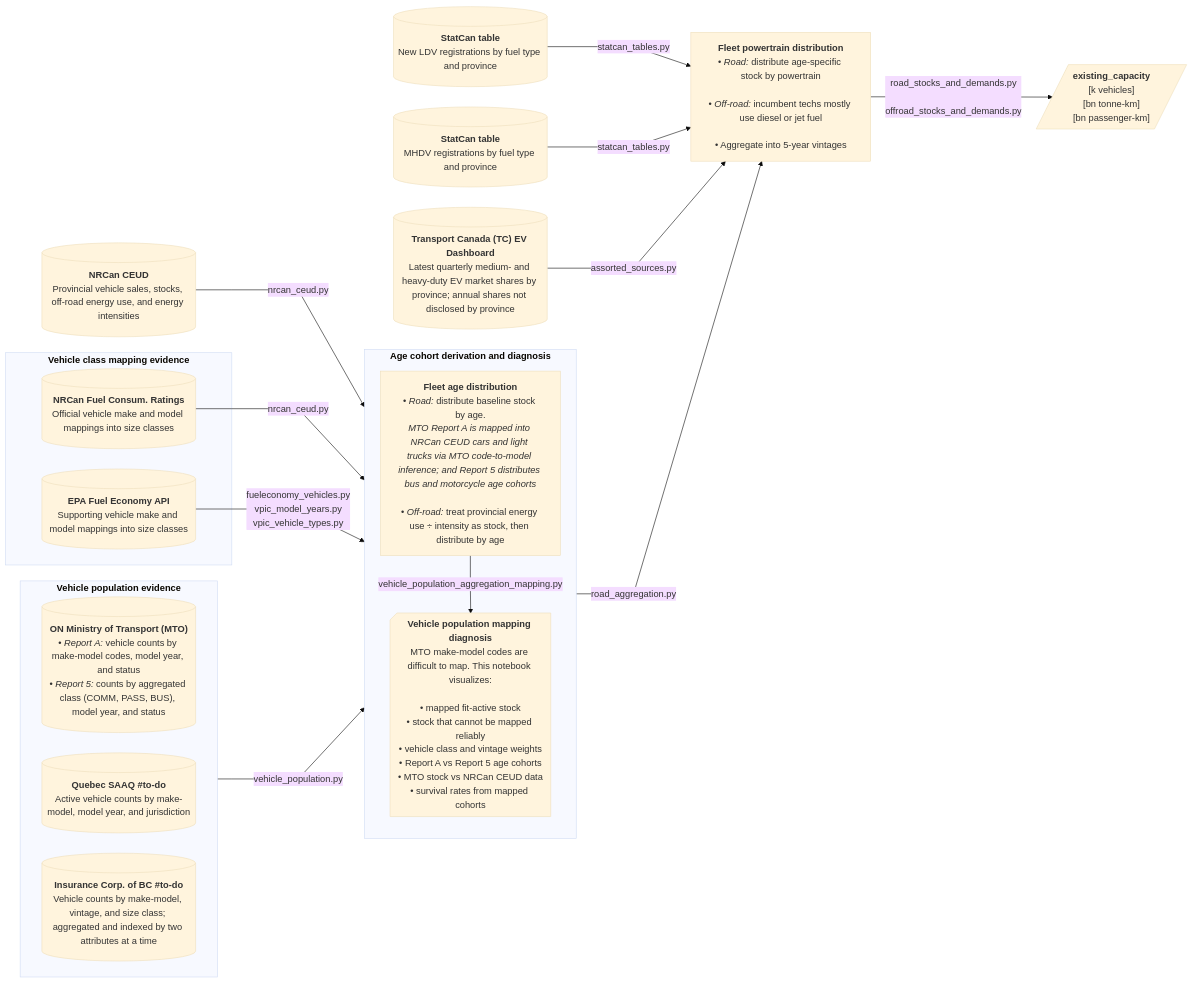
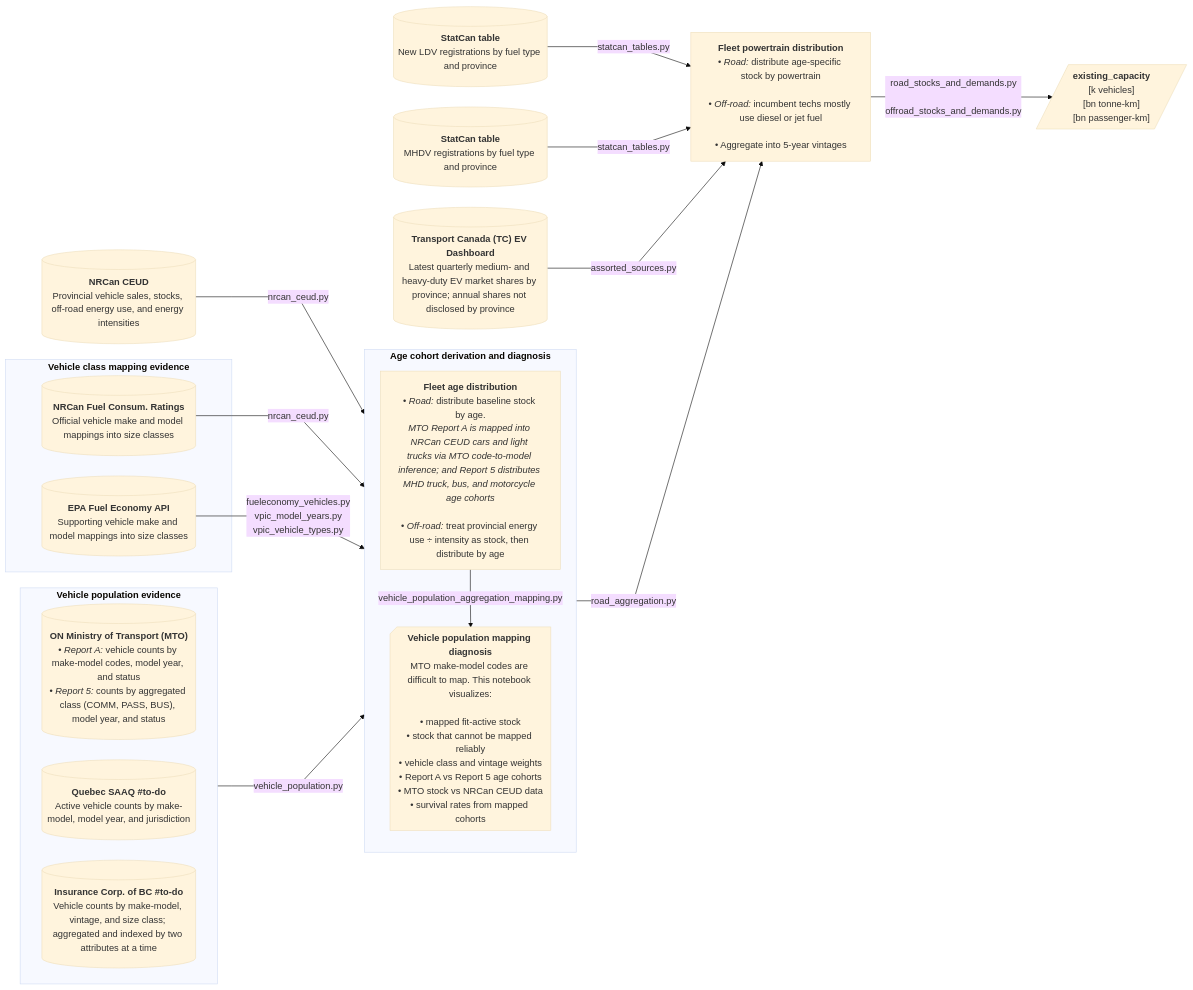
One commit to CANOE-main/canoe-transportation changed the second of 12 diagrams in docs/etl_flowcharts.md. Above: the diagram before and after it, drawn with Mermaid (base theme). The commit also changed 53 other files, not shown here.

```diff
--- a/docs/etl_flowcharts.md
+++ b/docs/etl_flowcharts.md
@@ -116,7 +116,7 @@
     direction TB
     p1["`**Fleet age distribution**
       • *Road:* distribute baseline stock by age.
-      *MTO Report A is mapped into NRCan CEUD cars and light trucks via MTO code-to-model inference; and Report 5 distributes bus and motorcycle age cohorts*<br>
+      *MTO Report A is mapped into NRCan CEUD cars and light trucks via MTO code-to-model inference; and Report 5 distributes MHD truck, bus, and motorcycle age cohorts*<br>
       • *Off-road:* treat provincial energy use ÷ intensity as stock, then distribute by age`"]
 
     p1_2@{shape: notch-rect, label: "**Vehicle population mapping diagnosis**
```
